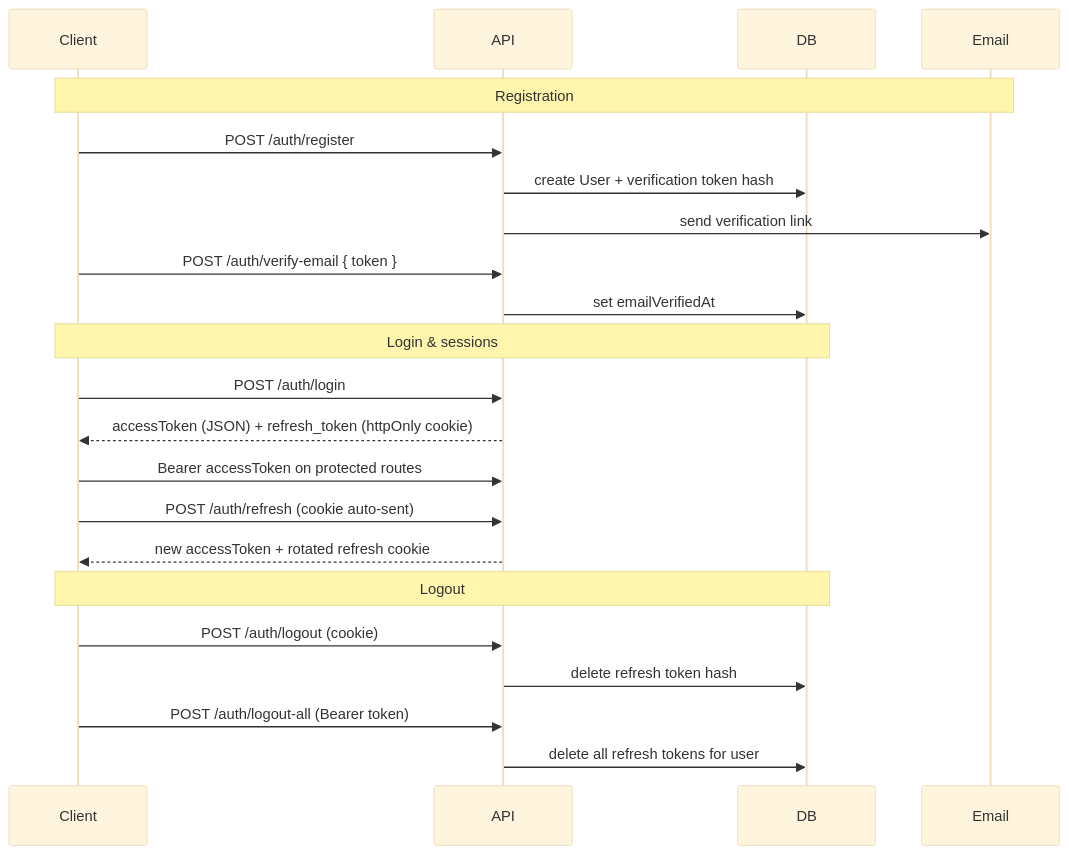
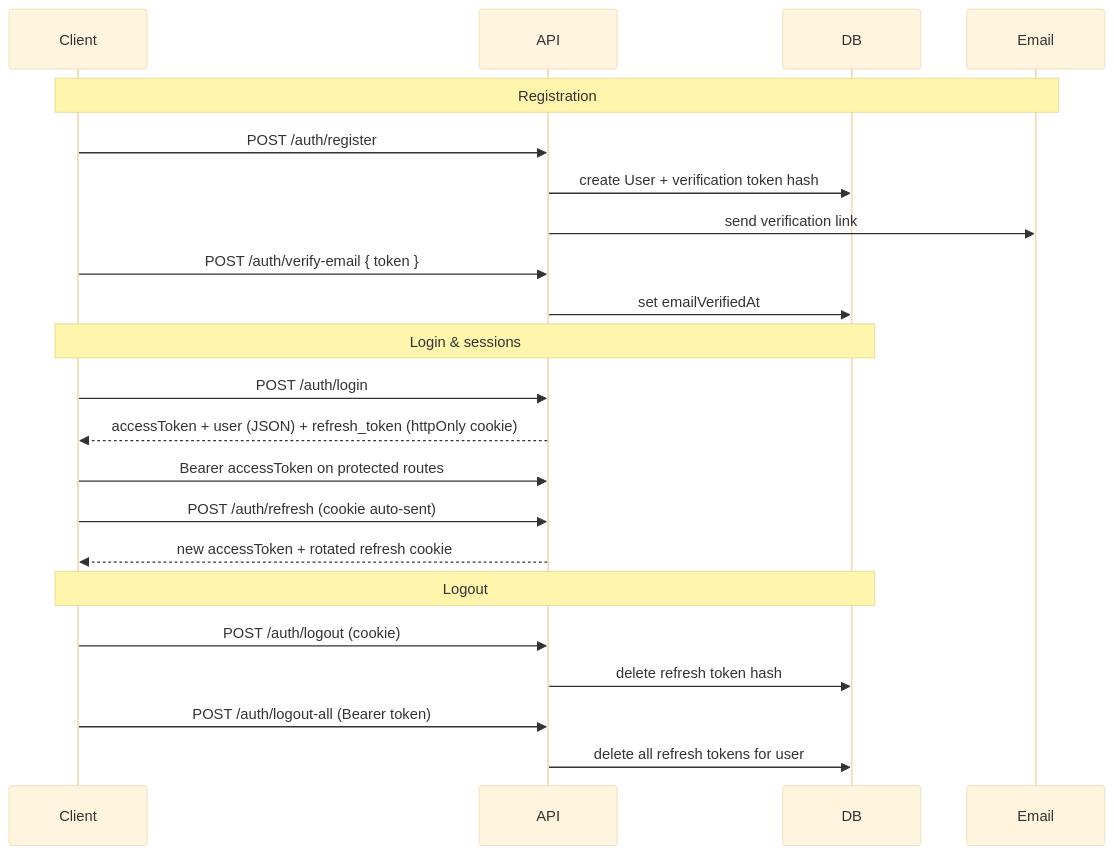
The diagram in apps/api/docs/API.md (habbababbai/wordlopol), drawn with Mermaid (base theme) before and after one commit. The commit also changed other lines of this file and 6 other files, not shown here.

Commit message:
feat(api): return user on login and add change-display-name endpoint

````diff
--- a/apps/api/docs/API.md
+++ b/apps/api/docs/API.md
@@ -11,27 +11,27 @@
 ```mermaid
 sequenceDiagram
     participant Client
     participant API
     participant DB
     participant Email
 
     Note over Client,Email: Registration
     Client->>API: POST /auth/register
     API->>DB: create User + verification token hash
     API->>Email: send verification link
     Client->>API: POST /auth/verify-email { token }
     API->>DB: set emailVerifiedAt
 
     Note over Client,DB: Login & sessions
     Client->>API: POST /auth/login
-    API-->>Client: accessToken (JSON) + refresh_token (httpOnly cookie)
+    API-->>Client: accessToken + user (JSON) + refresh_token (httpOnly cookie)
     Client->>API: Bearer accessToken on protected routes
     Client->>API: POST /auth/refresh (cookie auto-sent)
     API-->>Client: new accessToken + rotated refresh cookie
 
     Note over Client,DB: Logout
     Client->>API: POST /auth/logout (cookie)
     API->>DB: delete refresh token hash
     Client->>API: POST /auth/logout-all (Bearer token)
     API->>DB: delete all refresh tokens for user
 ```
````
